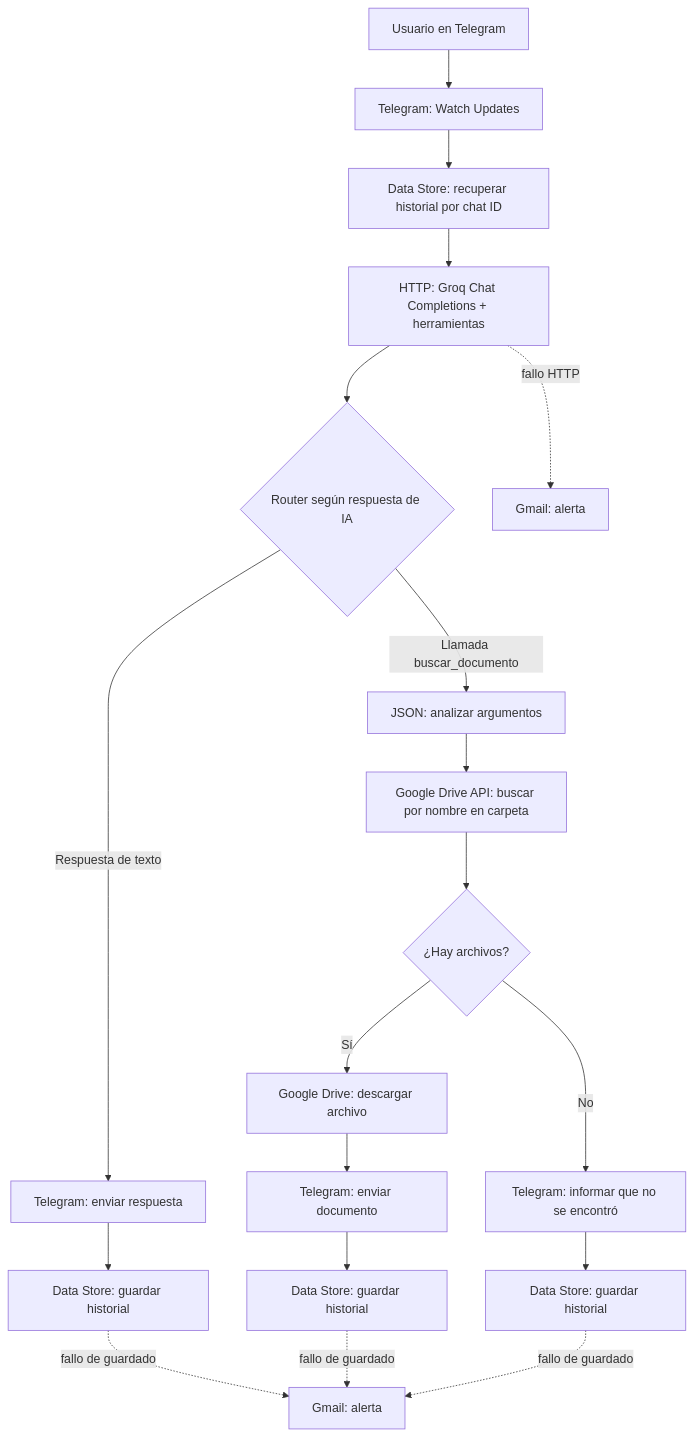
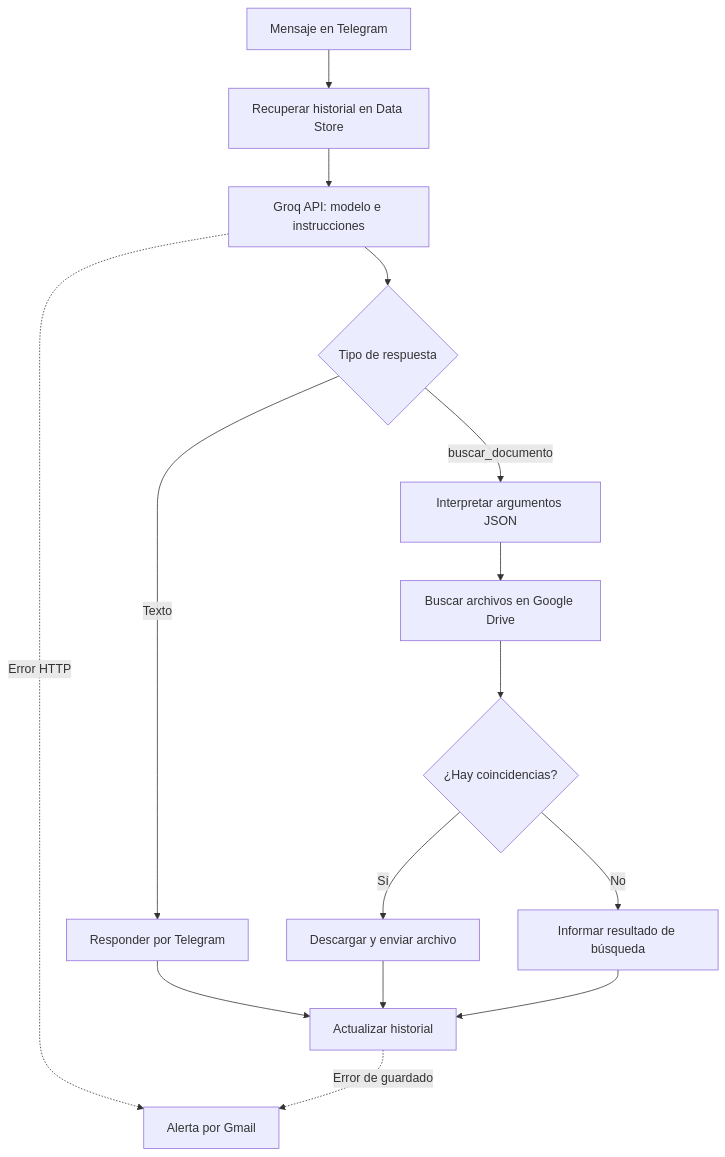
One commit to AndresForbes/travel-assistant-ai-make changed the diagram in README.md. Above: the diagram before and after it, drawn with Mermaid. The commit also changed other lines of this file, not shown here.

````diff
--- a/README.md
+++ b/README.md
@@ -21,21 +28,17 @@
 ```mermaid
 flowchart TD
-    A[Usuario en Telegram] --> B[Telegram: Watch Updates]
-    B --> C[Data Store: recuperar historial por chat ID]
-    C --> D[HTTP: Groq Chat Completions + herramientas]
-    D --> E{Router según respuesta de IA}
-    E -->|Respuesta de texto| F[Telegram: enviar respuesta]
-    F --> G[Data Store: guardar historial]
-    E -->|Llamada buscar_documento| H[JSON: analizar argumentos]
-    H --> I[Google Drive API: buscar por nombre en carpeta]
-    I --> J{¿Hay archivos?}
-    J -->|Sí| K[Google Drive: descargar archivo]
-    K --> L[Telegram: enviar documento]
-    L --> M[Data Store: guardar historial]
-    J -->|No| N[Telegram: informar que no se encontró]
-    N --> O[Data Store: guardar historial]
-    D -. fallo HTTP .-> P[Gmail: alerta]
-    G -. fallo de guardado .-> Q[Gmail: alerta]
-    M -. fallo de guardado .-> Q
-    O -. fallo de guardado .-> Q
+    A[Mensaje en Telegram] --> B[Recuperar historial en Data Store]
+    B --> C[Groq API: modelo e instrucciones]
+    C --> D{Tipo de respuesta}
+    D -->|Texto| E[Responder por Telegram]
+    D -->|buscar_documento| F[Interpretar argumentos JSON]
+    F --> G[Buscar archivos en Google Drive]
+    G --> H{¿Hay coincidencias?}
+    H -->|Sí| I[Descargar y enviar archivo]
+    H -->|No| J[Informar resultado de búsqueda]
+    E --> K[Actualizar historial]
+    I --> K
+    J --> K
+    C -. Error HTTP .-> L[Alerta por Gmail]
+    K -. Error de guardado .-> L
 ```
````
